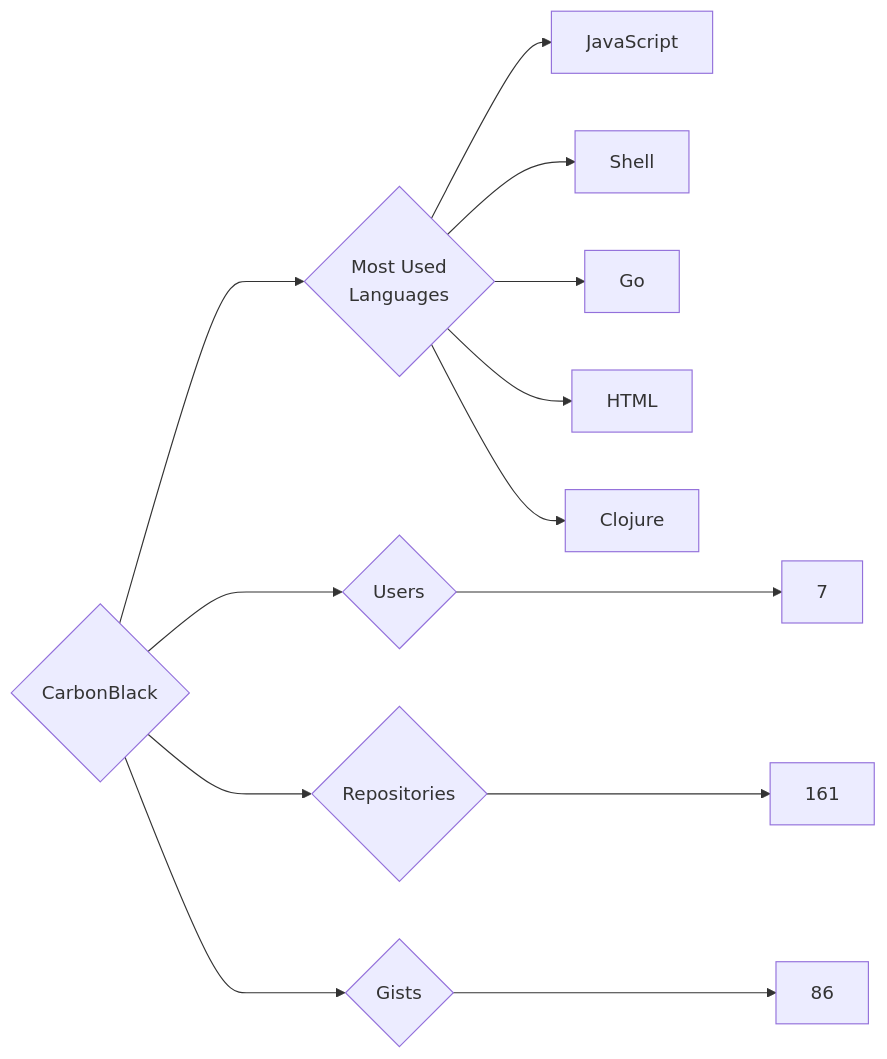
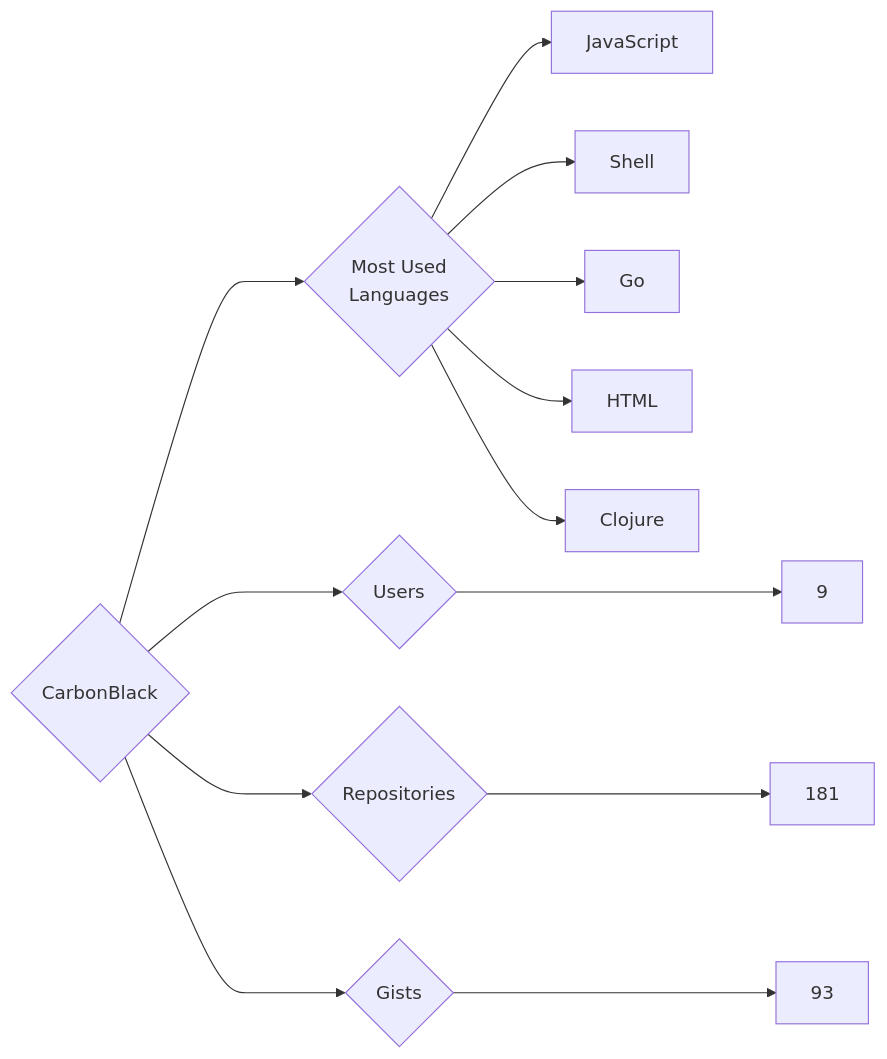
One commit to trickest/insiders changed the diagram in targets/CarbonBlack/README.md. Above: the diagram before and after it, drawn with Mermaid. The commit also changed 860 other files, not shown here.

````diff
--- a/targets/CarbonBlack/README.md
+++ b/targets/CarbonBlack/README.md
@@ -3,13 +3,13 @@
 ```mermaid
 graph LR
 COMPANY_NAME{CarbonBlack}
-COMPANY_NAME ---> U{Users} ---> UN[7]
-COMPANY_NAME ---> R{Repositories} ---> RN[161]
-COMPANY_NAME ---> G{Gists} ---> GN[86]
+COMPANY_NAME ---> U{Users} ---> UN[9]
+COMPANY_NAME ---> R{Repositories} ---> RN[181]
+COMPANY_NAME ---> G{Gists} ---> GN[93]
 COMPANY_NAME ---> ML{Most Used<br>Languages}
 ML --> JavaScript[JavaScript]
 ML --> Shell[Shell]
 ML --> Go[Go]
 ML --> HTML[HTML]
 ML --> Clojure[Clojure]
 ```
````
